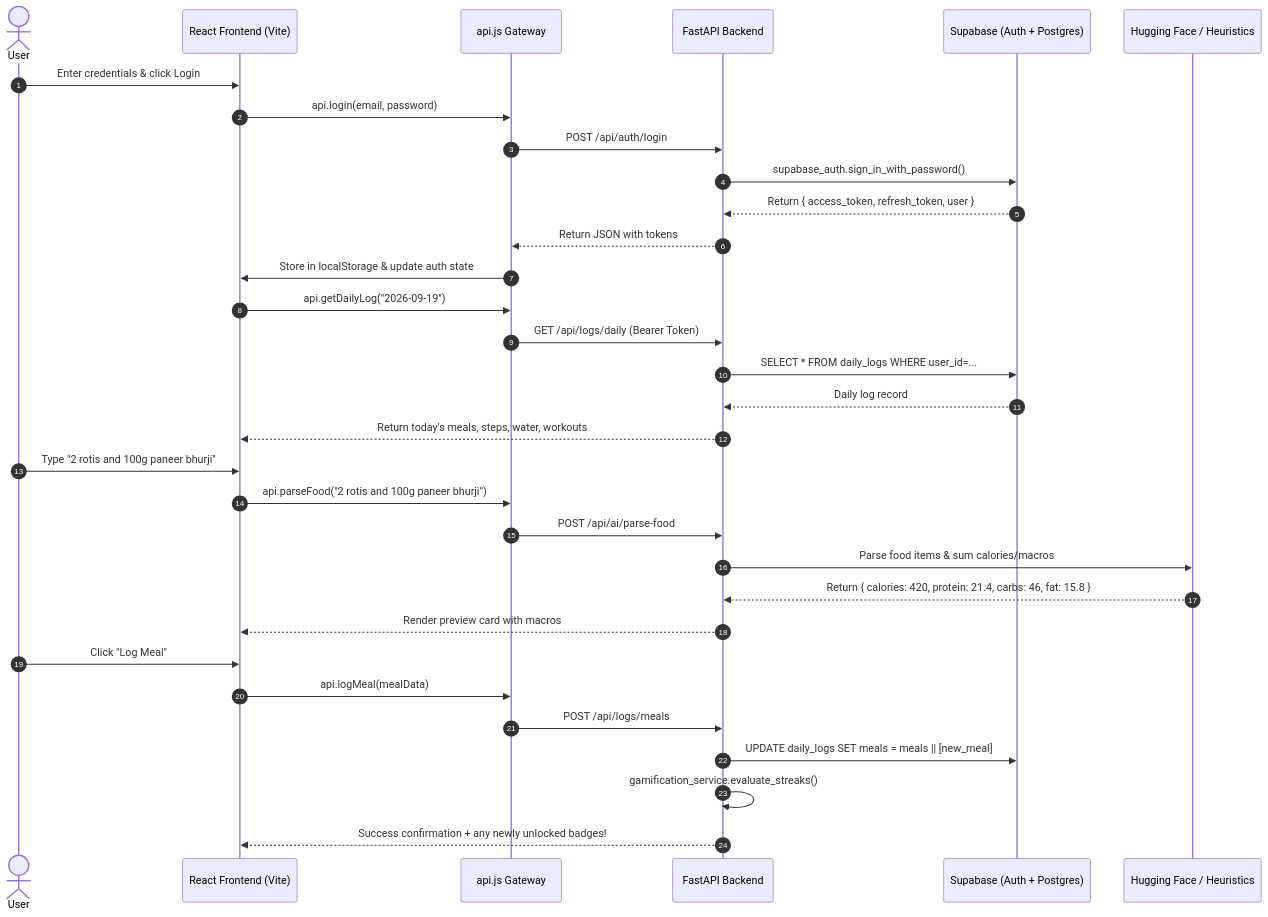
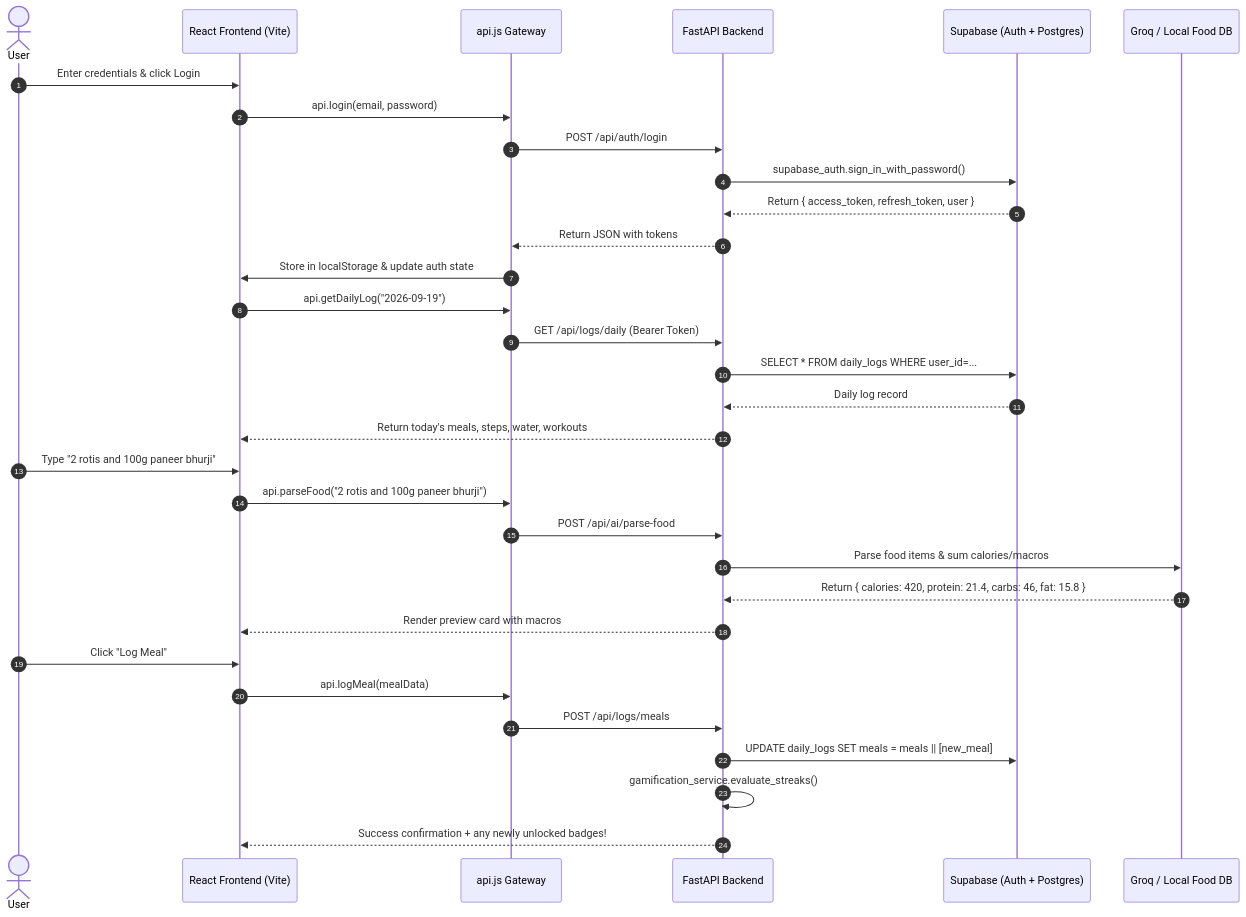
Before and after one commit to duddu256/AI-TRAINER: the diagram in MASTER_ARCHITECTURE.md, drawn with Mermaid. The commit also changed other lines of this file and 16 other files, not shown here.

````diff
--- a/MASTER_ARCHITECTURE.md
+++ b/MASTER_ARCHITECTURE.md
@@ -156,37 +195,37 @@
 ```mermaid
 sequenceDiagram
     autonumber
     actor User
     participant Frontend as React Frontend (Vite)
     participant API as api.js Gateway
     participant Backend as FastAPI Backend
     participant Supabase as Supabase (Auth + Postgres)
-    participant AI as Hugging Face / Heuristics
+    participant AI as Groq / Local Food DB
 
     User->>Frontend: Enter credentials & click Login
     Frontend->>API: api.login(email, password)
     API->>Backend: POST /api/auth/login
     Backend->>Supabase: supabase_auth.sign_in_with_password()
     Supabase-->>Backend: Return { access_token, refresh_token, user }
     Backend-->>API: Return JSON with tokens
     API->>Frontend: Store in localStorage & update auth state
     
     Frontend->>API: api.getDailyLog("2026-09-19")
     API->>Backend: GET /api/logs/daily (Bearer Token)
     Backend->>Supabase: SELECT * FROM daily_logs WHERE user_id=...
     Supabase-->>Backend: Daily log record
     Backend-->>Frontend: Return today's meals, steps, water, workouts
 
     User->>Frontend: Type "2 rotis and 100g paneer bhurji"
     Frontend->>API: api.parseFood("2 rotis and 100g paneer bhurji")
     API->>Backend: POST /api/ai/parse-food
     Backend->>AI: Parse food items & sum calories/macros
     AI-->>Backend: Return { calories: 420, protein: 21.4, carbs: 46, fat: 15.8 }
     Backend-->>Frontend: Render preview card with macros
     User->>Frontend: Click "Log Meal"
     Frontend->>API: api.logMeal(mealData)
     API->>Backend: POST /api/logs/meals
     Backend->>Supabase: UPDATE daily_logs SET meals = meals || [new_meal]
     Backend->>Backend: gamification_service.evaluate_streaks()
     Backend-->>Frontend: Success confirmation + any newly unlocked badges!
 ```
````
